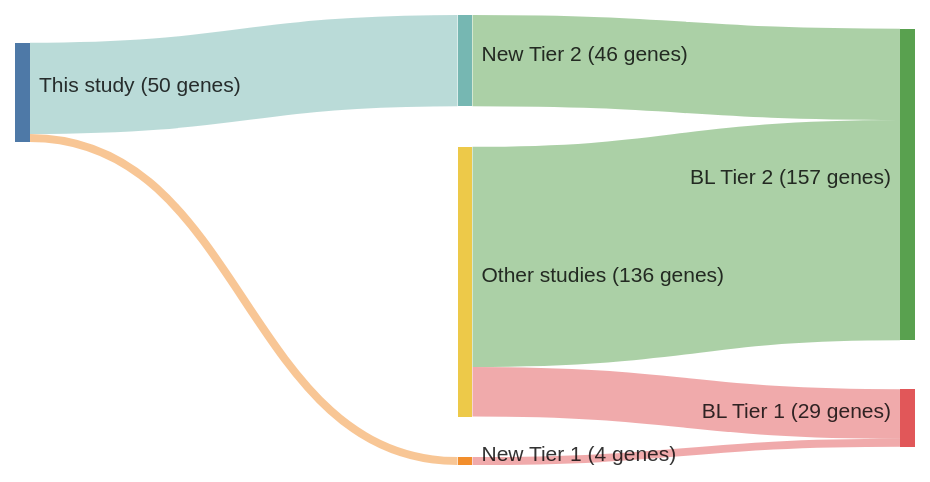
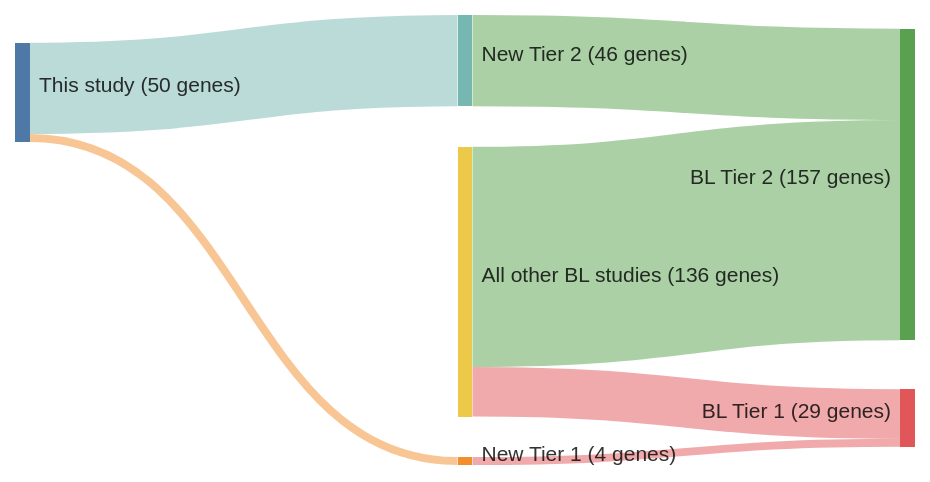
Before and after one commit to morinlab/lymphopedia: the diagram in papers/paneaWholeGenomeLandscape2019.md, drawn with Mermaid. The commit also changed 82 other files, not shown here.

````diff
--- a/papers/paneaWholeGenomeLandscape2019.md
+++ b/papers/paneaWholeGenomeLandscape2019.md
@@ -12,20 +12,20 @@
 ```mermaid
 ---
 config:
     sankey:
         showValues: true
         linkColor: target
         width: 600
         height: 300
         nodeAlignment: right
         prefix: '('
         suffix: ' genes)'
 ---
 sankey-beta
 This study, New Tier 1, 4
 New Tier 1, BL Tier 1, 4
 This study, New Tier 2, 46
 New Tier 2, BL Tier 2, 46
-Other studies, BL Tier 1, 25
-Other studies, BL Tier 2, 111
+All other BL studies, BL Tier 1, 25
+All other BL studies, BL Tier 2, 111
 ```
````
